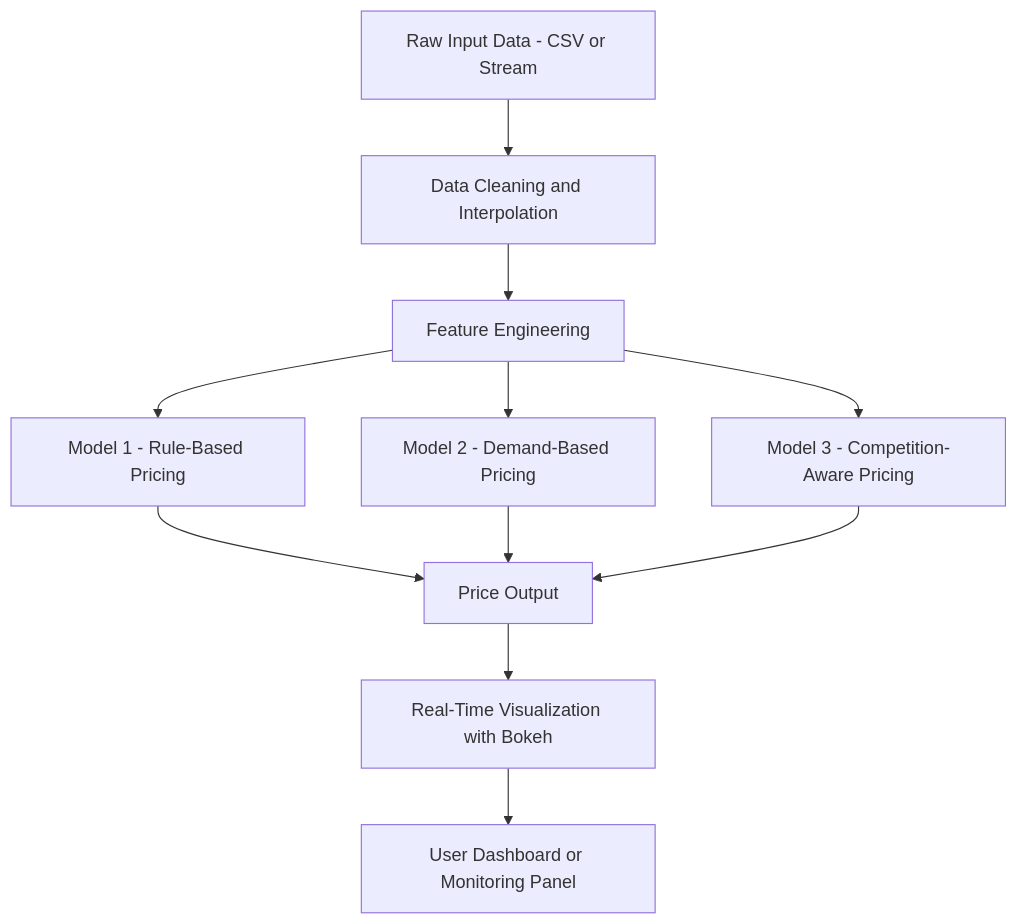
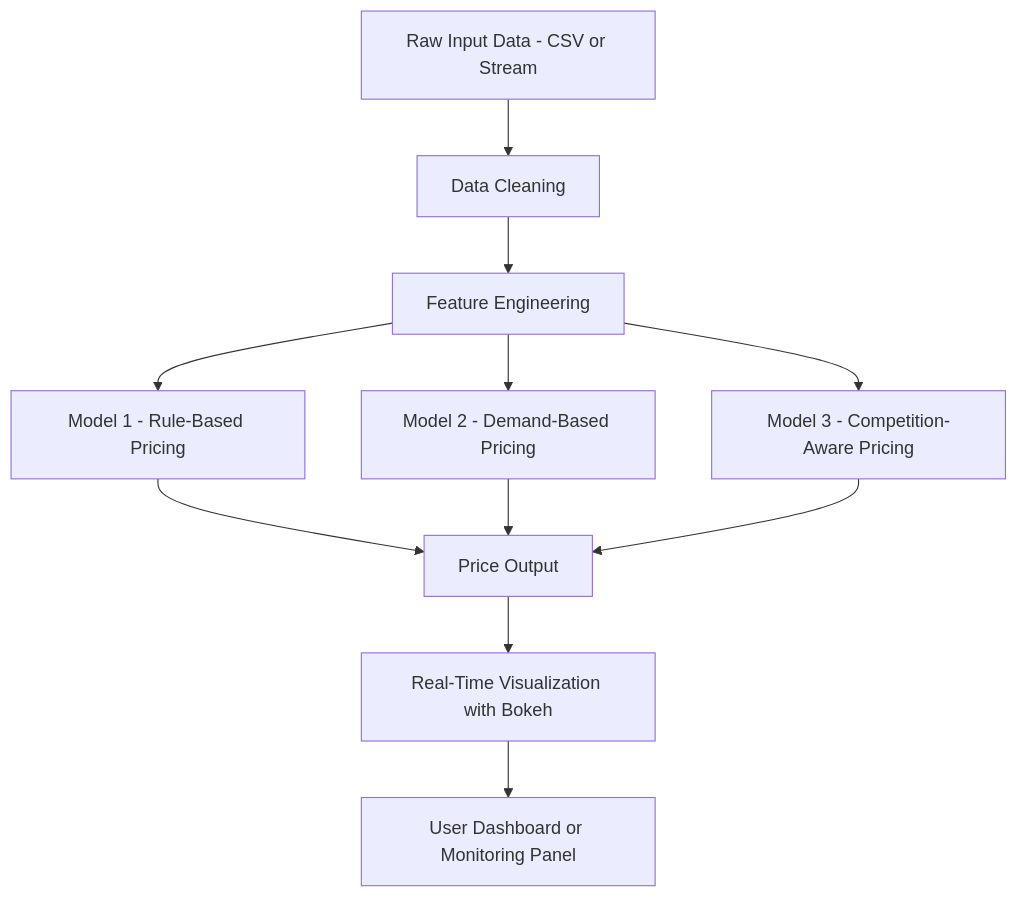
The diagram in README.md (shambhavi1635/Capstone_Project), drawn with Mermaid before and after one commit. The commit also changed other lines of this file, not shown here.

````diff
--- a/README.md
+++ b/README.md
@@ -23,14 +23,14 @@
 ```mermaid
 graph TD
-    A["Raw Input Data - CSV or Stream"] --> B["Data Cleaning and Interpolation"]
+    A["Raw Input Data - CSV or Stream"] --> B["Data Cleaning "]
     B --> C["Feature Engineering"]
     C --> D1["Model 1 - Rule-Based Pricing"]
     C --> D2["Model 2 - Demand-Based Pricing"]
     C --> D3["Model 3 - Competition-Aware Pricing"]
     D1 --> E["Price Output"]
     D2 --> E
     D3 --> E
     E --> F["Real-Time Visualization with Bokeh"]
     F --> G["User Dashboard or Monitoring Panel"]
 
 ```
````
